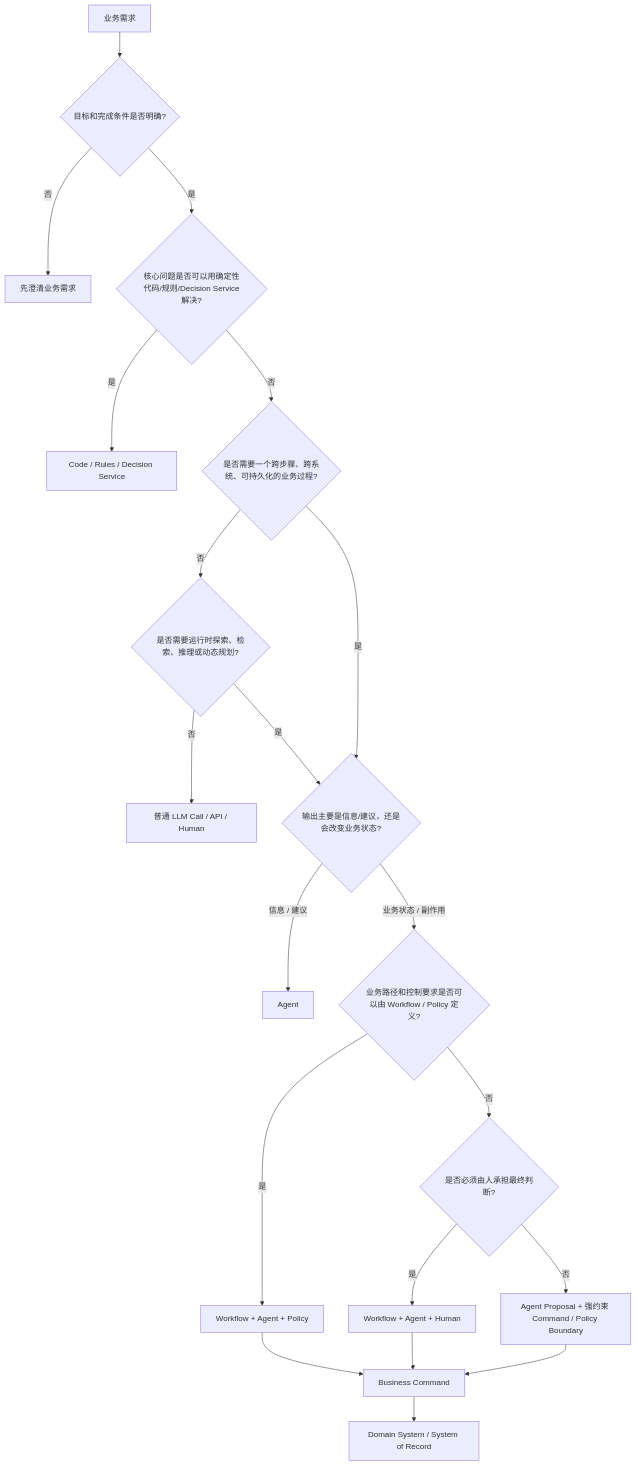
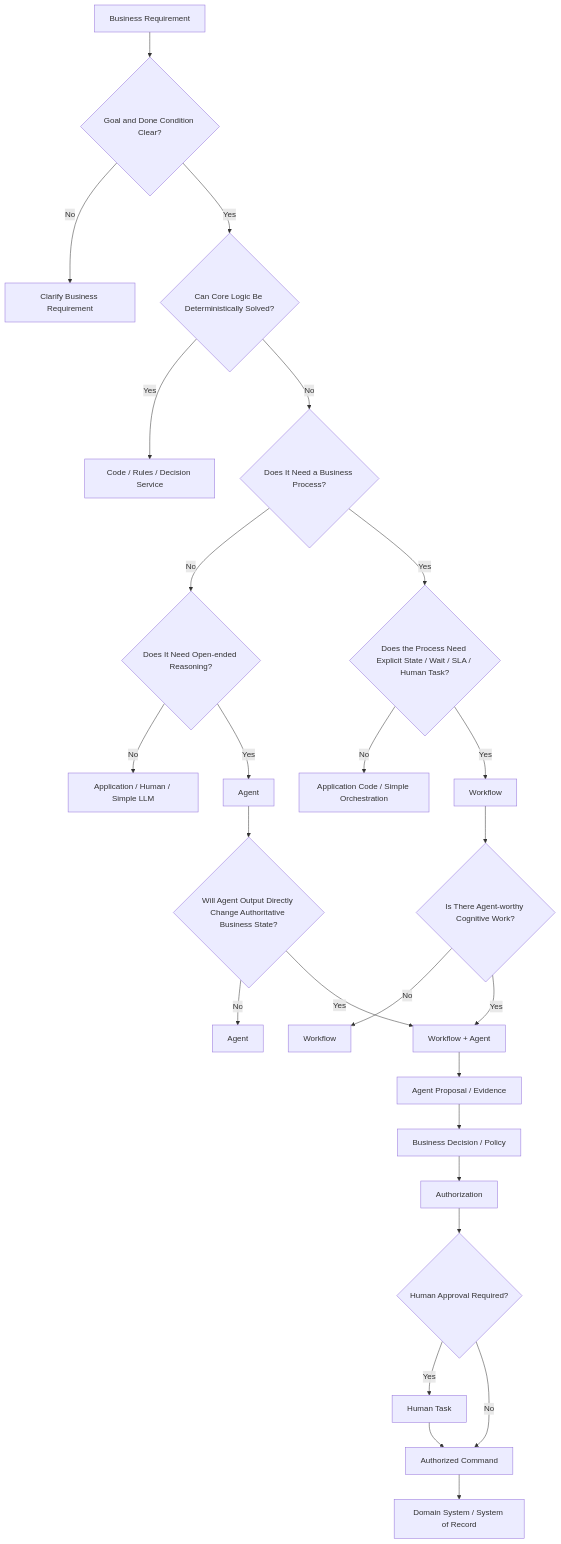
One commit to saga/copilot-server-agent changed the second of 3 diagrams in docs/研究文章/workflow 和 ai agent的decision tree.md. Above: the diagram before and after it, drawn with Mermaid. The commit also changed other lines of this file, not shown here.

````diff
--- a/docs/研究文章/workflow 和 ai agent的decision tree.md
+++ b/docs/研究文章/workflow 和 ai agent的decision tree.md
@@ -779,35 +2080,45 @@
 ```mermaid
 flowchart TD
 
-    A[业务需求]
-    
-    A --> B{目标和完成条件是否明确?}
+    A[Business Requirement]
 
-    B -->|否| C[先澄清业务需求]
-    B -->|是| D{核心问题是否可以用确定性代码/规则/Decision Service解决?}
+    A --> B{Goal and Done Condition Clear?}
 
-    D -->|是| E[Code / Rules / Decision Service]
-    D -->|否| F{是否需要一个跨步骤、跨系统、可持久化的业务过程?}
+    B -->|No| C[Clarify Business Requirement]
+    B -->|Yes| D{Can Core Logic Be Deterministically Solved?}
 
-    F -->|否| G{是否需要运行时探索、检索、推理或动态规划?}
+    D -->|Yes| E[Code / Rules / Decision Service]
+    D -->|No| F{Does It Need a Business Process?}
 
-    G -->|否| H[普通 LLM Call / API / Human]
-    G -->|是| I{输出主要是信息/建议，还是会改变业务状态?}
+    F -->|No| G{Does It Need Open-ended Reasoning?}
 
-    F -->|是| I
+    G -->|No| H[Application / Human / Simple LLM]
+    G -->|Yes| I[Agent]
 
-    I -->|信息 / 建议| J[Agent]
-    I -->|业务状态 / 副作用| K{业务路径和控制要求是否可以由 Workflow / Policy 定义?}
+    F -->|Yes| J{Does the Process Need Explicit State / Wait / SLA / Human Task?}
 
-    K -->|是| L[Workflow + Agent + Policy]
-    K -->|否| M{是否必须由人承担最终判断?}
+    J -->|No| K[Application Code / Simple Orchestration]
+    J -->|Yes| L[Workflow]
 
-    M -->|是| N[Workflow + Agent + Human]
-    M -->|否| O[Agent Proposal + 强约束 Command / Policy Boundary]
+    L --> M{Is There Agent-worthy Cognitive Work?}
 
-    L --> P[Business Command]
-    N --> P
-    O --> P
+    M -->|No| N[Workflow]
+    M -->|Yes| O[Workflow + Agent]
 
-    P --> Q[Domain System / System of Record]
+    I --> P{Will Agent Output Directly Change Authoritative Business State?}
+
+    P -->|No| Q[Agent]
+    P -->|Yes| O
+
+    O --> R[Agent Proposal / Evidence]
+    R --> S[Business Decision / Policy]
+    S --> T[Authorization]
+
+    T --> U{Human Approval Required?}
+
+    U -->|Yes| V[Human Task]
+    U -->|No| W[Authorized Command]
+
+    V --> W
+    W --> X[Domain System / System of Record]
 ```
````
